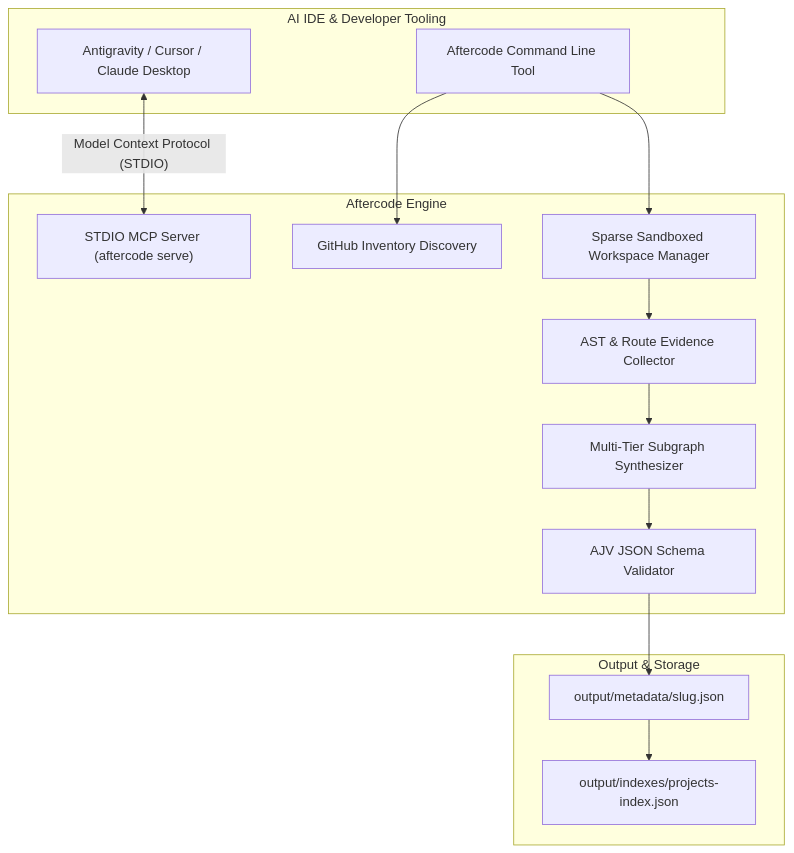
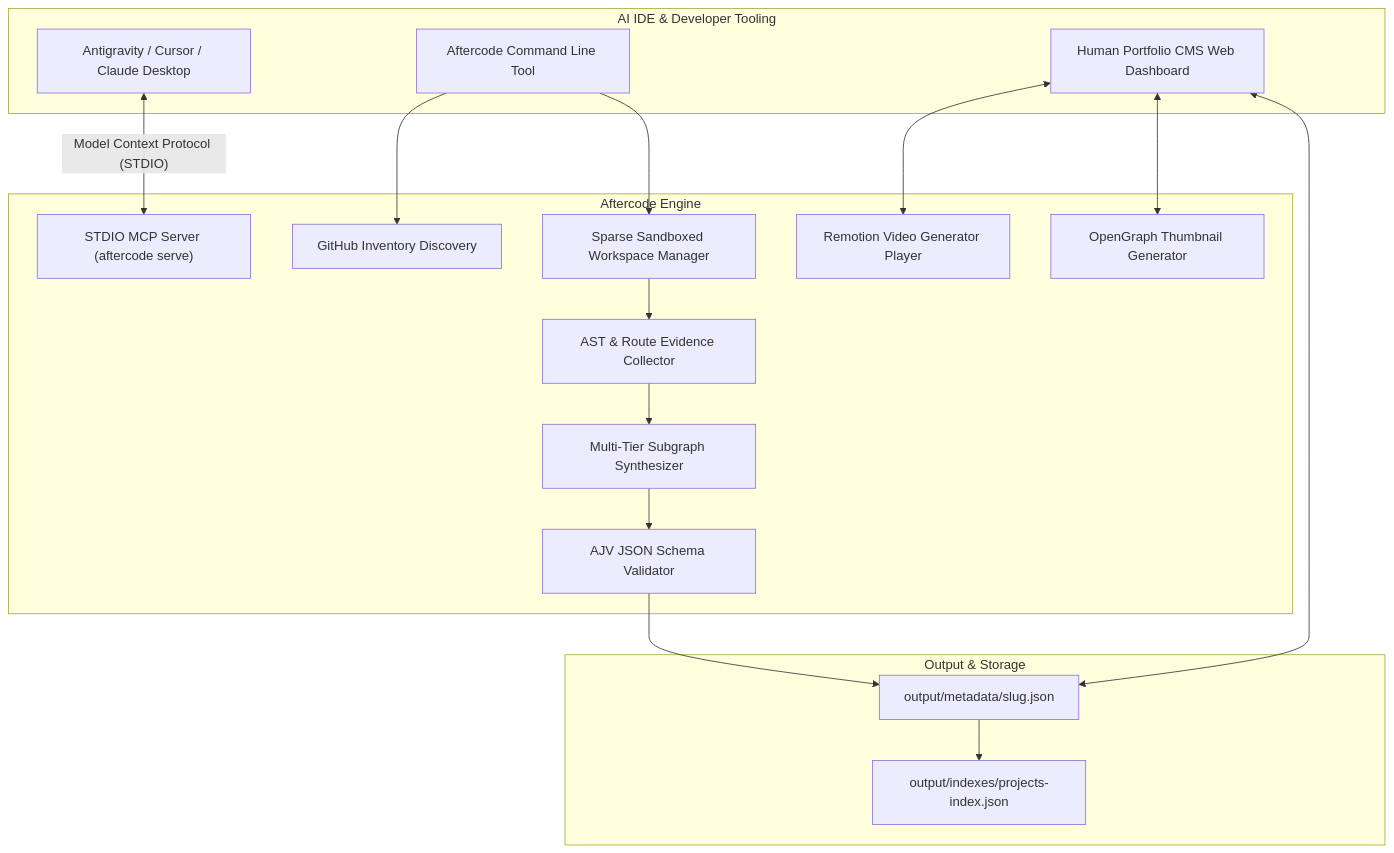
The diagram in README.md (Sameer-Bagul/Aftercode), drawn with Mermaid before and after one commit. The commit also changed other lines of this file and 25 other files, not shown here.

Commit message:
feat: add Aftercode open-source web UI dashboard, Remotion video preview generator, and MCP integration

````diff
--- a/README.md
+++ b/README.md
@@ -30,31 +33,36 @@
 ```mermaid
 graph TD
     subgraph Client ["AI IDE & Developer Tooling"]
         IDE["Antigravity / Cursor / Claude Desktop"]
         CLI["Aftercode Command Line Tool"]
+        WebUI["Human Portfolio CMS Web Dashboard"]
     end
 
     subgraph Core ["Aftercode Engine"]
         MCPServer["STDIO MCP Server (aftercode serve)"]
         Discoverer["GitHub Inventory Discovery"]
         Workspace["Sparse Sandboxed Workspace Manager"]
         Collector["AST & Route Evidence Collector"]
         Synthesizer["Multi-Tier Subgraph Synthesizer"]
         Validator["AJV JSON Schema Validator"]
+        VideoEngine["Remotion Video Generator Player"]
+        ThumbnailEngine["OpenGraph Thumbnail Generator"]
     end
 
     subgraph Output ["Output & Storage"]
         MetaDir["output/metadata/slug.json"]
         Indexes["output/indexes/projects-index.json"]
     end
 
     IDE <-->|"Model Context Protocol (STDIO)"| MCPServer
     CLI --> Discoverer
     CLI --> Workspace
     Workspace --> Collector
     Collector --> Synthesizer
     Synthesizer --> Validator
     Validator --> MetaDir
     MetaDir --> Indexes
-
+    WebUI <--> MetaDir
+    WebUI <--> VideoEngine
+    WebUI <--> ThumbnailEngine
 ```
````
